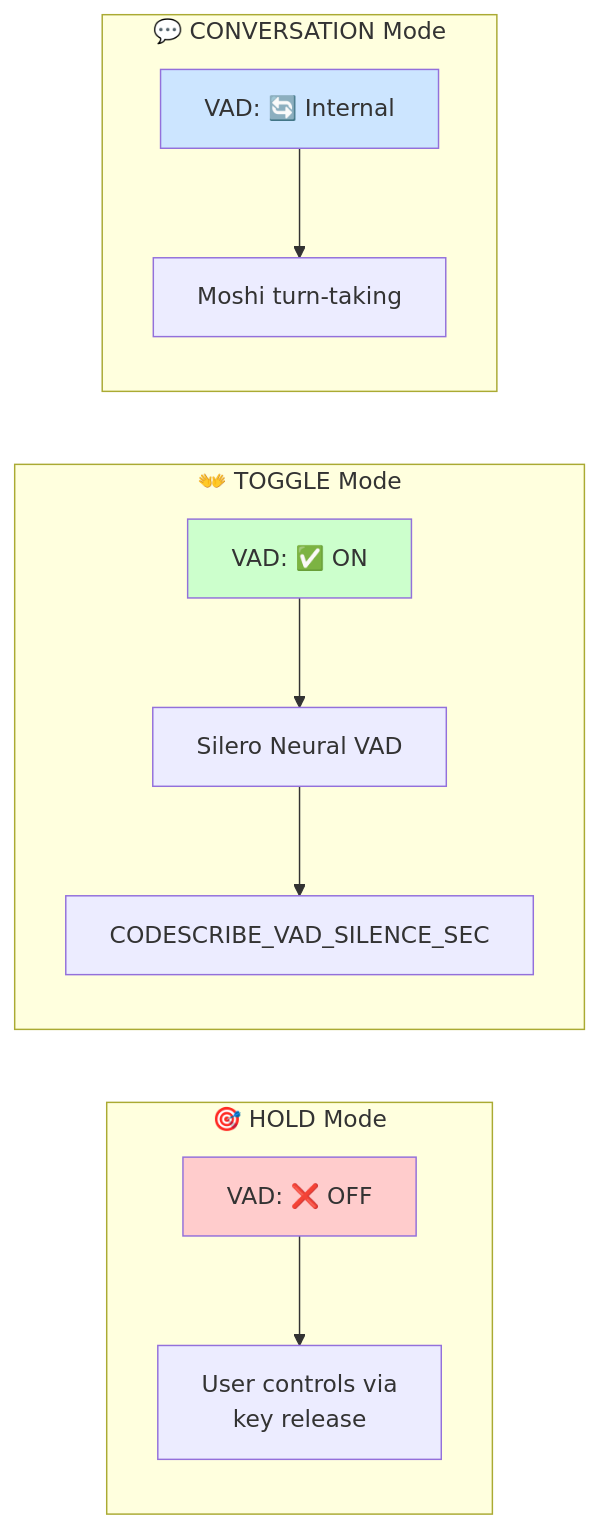
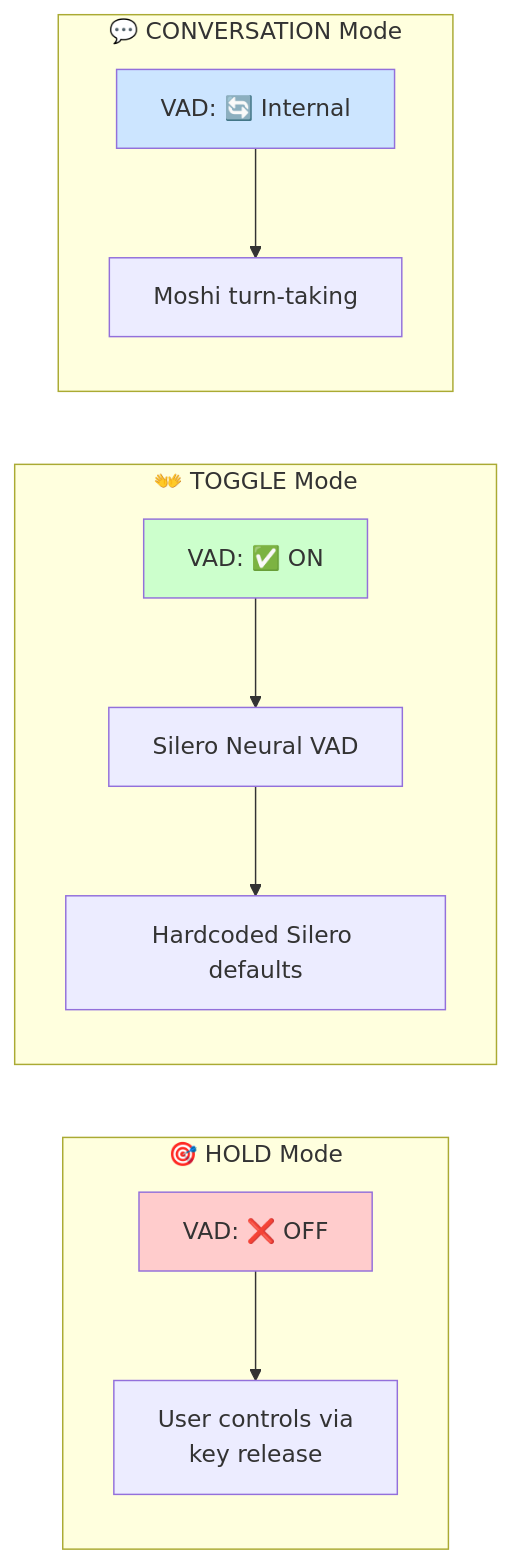
Before and after one commit to vetcoders/codescribe: the third of 6 diagrams in docs/HOTKEYS_CONTRACT.md, drawn with Mermaid. The commit also changed other lines of this file and 19 other files, not shown here.

First line of the commit message:
Hardcode Silero VAD defaults and remove ENV knobs

````diff
--- a/docs/HOTKEYS_CONTRACT.md
+++ b/docs/HOTKEYS_CONTRACT.md
@@ -155,27 +155,27 @@
 ```mermaid
 flowchart LR
     subgraph HoldMode["🎯 HOLD Mode"]
         H_VAD["VAD: ❌ OFF"]
         H_Control["User controls via<br/>key release"]
     end
 
     subgraph ToggleMode["👐 TOGGLE Mode"]
         T_VAD["VAD: ✅ ON"]
         T_Silero["Silero Neural VAD"]
-        T_Config["CODESCRIBE_VAD_SILENCE_SEC"]
+        T_Config["Hardcoded Silero defaults"]
     end
 
     subgraph ConvMode["💬 CONVERSATION Mode"]
         C_VAD["VAD: 🔄 Internal"]
         C_Moshi["Moshi turn-taking"]
     end
 
     H_VAD --> H_Control
     T_VAD --> T_Silero
     T_Silero --> T_Config
     C_VAD --> C_Moshi
 
     style H_VAD fill:#ffcccc
     style T_VAD fill:#ccffcc
     style C_VAD fill:#cce5ff
 ```
````
